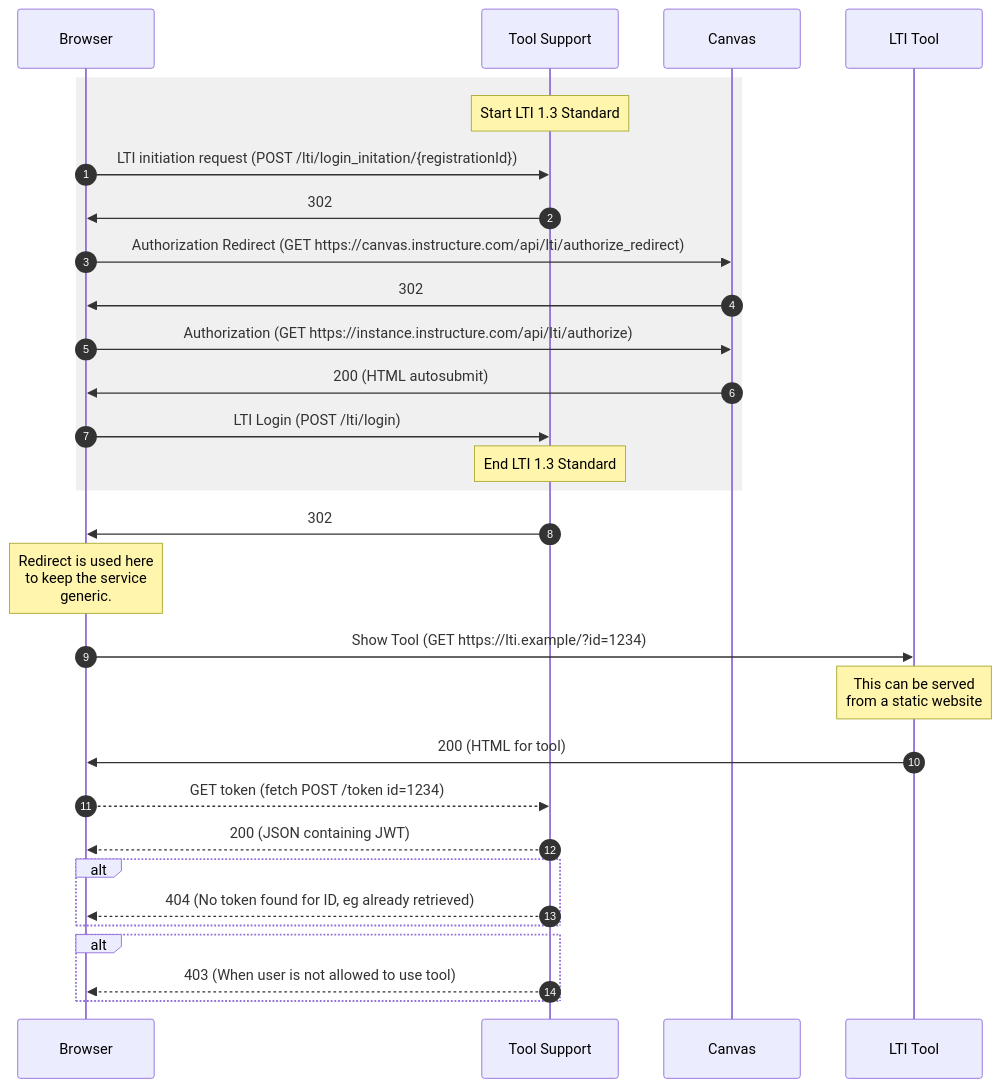
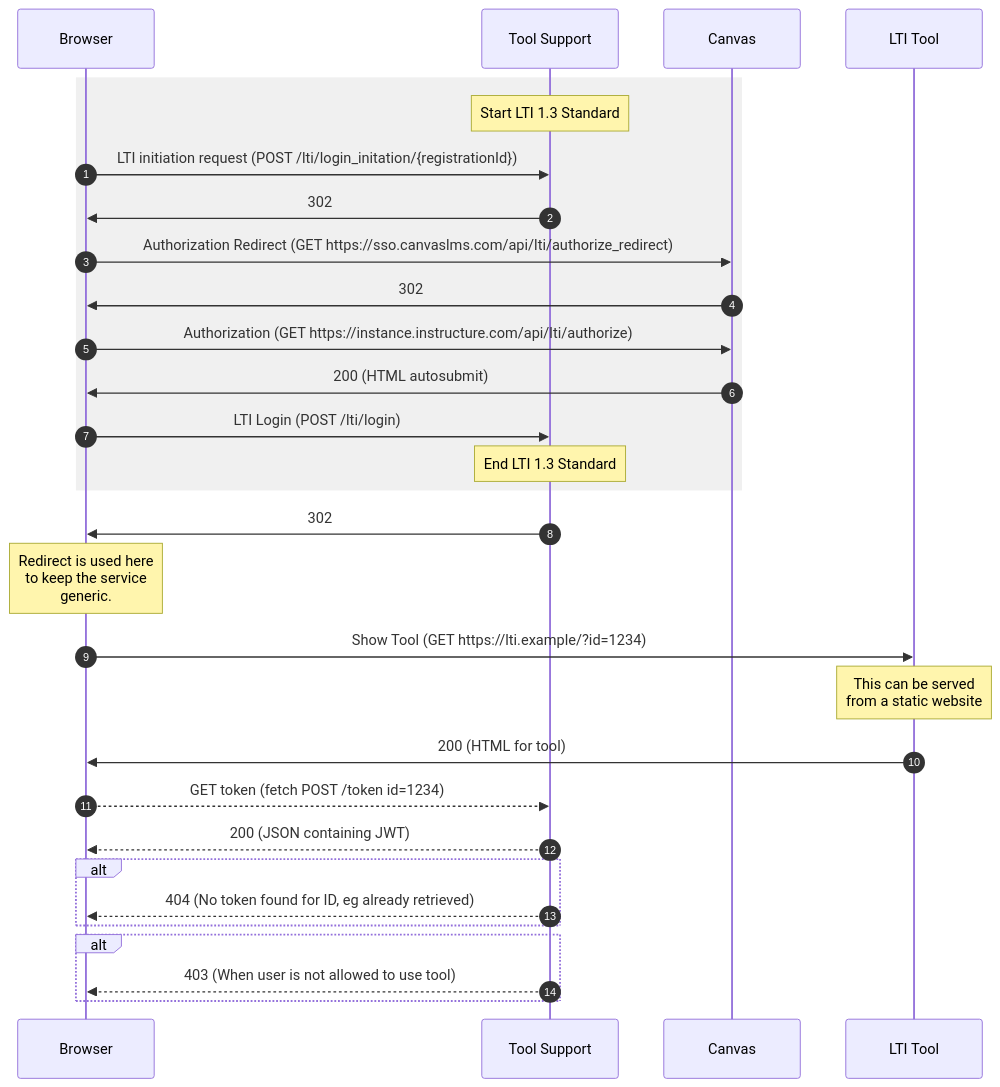
The first of 3 diagrams in README.md (oxctl/tool-support), drawn with Mermaid before and after one commit. The commit also changed other lines of this file, not shown here.

First line of the commit message:
AB#70000 Update for sso.canvaslms.com

````diff
--- a/README.md
+++ b/README.md
@@ -21,32 +21,32 @@
 ```mermaid
 sequenceDiagram
     autonumber
     participant Browser
     participant Tool Support
     participant Canvas
     participant LTI Tool
     rect rgb(240,240,240)
     Note over Tool Support: Start LTI 1.3 Standard
     Browser->>Tool Support: LTI initiation request (POST /lti/login_initation/{registrationId})
     Tool Support->>Browser: 302
-    Browser->>Canvas: Authorization Redirect (GET https://canvas.instructure.com/api/lti/authorize_redirect)
+    Browser->>Canvas: Authorization Redirect (GET https://sso.canvaslms.com/api/lti/authorize_redirect)
     Canvas->>Browser: 302
     Browser->>Canvas: Authorization (GET https://instance.instructure.com/api/lti/authorize)
     Canvas->>Browser: 200 (HTML autosubmit)
     Browser->>Tool Support: LTI Login (POST /lti/login)
     Note over Tool Support: End LTI 1.3 Standard
     end
     Tool Support->>Browser: 302
     Note over Browser: Redirect is used here<br>to keep the service<br>generic.
     Browser->>LTI Tool: Show Tool (GET https://lti.example/?id=1234)
     Note over LTI Tool: This can be served<br> from a static website
     LTI Tool->>Browser: 200 (HTML for tool)
     Browser-->>Tool Support: GET token (fetch POST /token id=1234)
     Tool Support-->>Browser: 200 (JSON containing JWT)
     alt
     Tool Support-->>Browser: 404 (No token found for ID, eg already retrieved)
     end
     alt
     Tool Support-->>Browser: 403 (When user is not allowed to use tool)
     end
 ```
````
